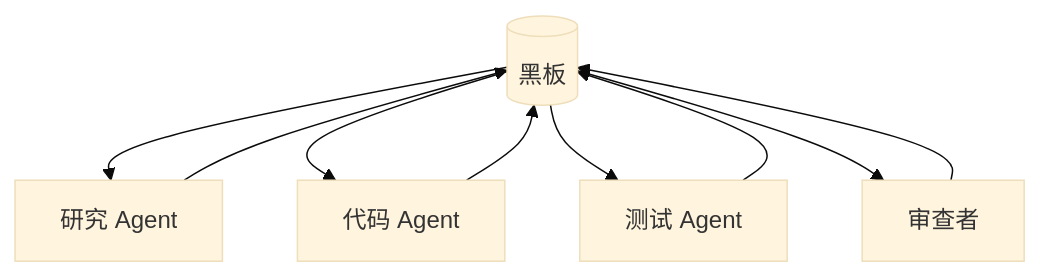
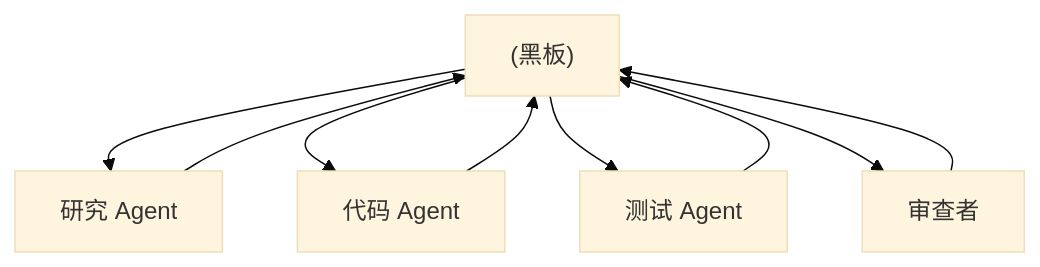
The diagram in content/wiki/patterns/blackboard-shared-memory.md (riba2534/multi-agent-wiki-cn), drawn with Mermaid (base theme) before and after one commit. The commit also changed other lines of this file and 41 other files, not shown here.

First line of the commit message:
docs: 全面质量改进 - 术语统一、Mermaid规范化、间距修复

````diff
--- a/content/wiki/patterns/blackboard-shared-memory.md
+++ b/content/wiki/patterns/blackboard-shared-memory.md
@@ -16,12 +16,12 @@
 ```mermaid
 flowchart TD
-  BB[(黑板)]
-  A[研究 Agent] --> BB
-  B[代码 Agent] --> BB
-  C[测试 Agent] --> BB
-  D[审查者] --> BB
+  BB["(黑板)"]
+  A["研究 Agent"] --> BB
+  B["代码 Agent"] --> BB
+  C["测试 Agent"] --> BB
+  D["审查者"] --> BB
   BB --> A
   BB --> B
   BB --> C
   BB --> D
 ```
````
